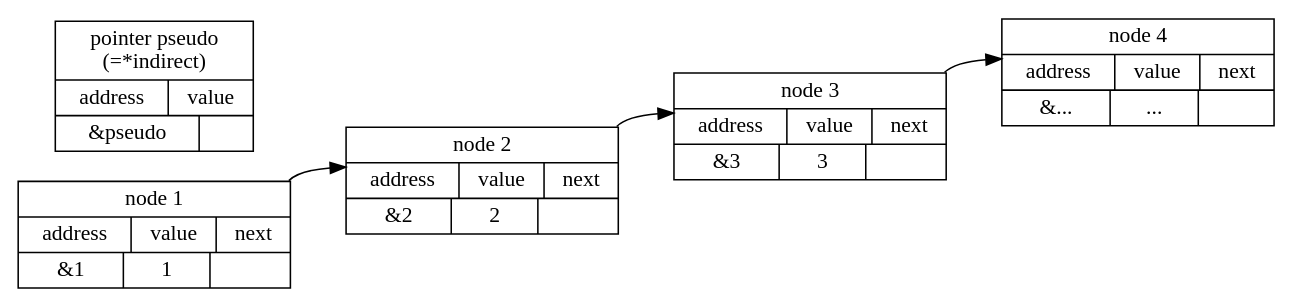
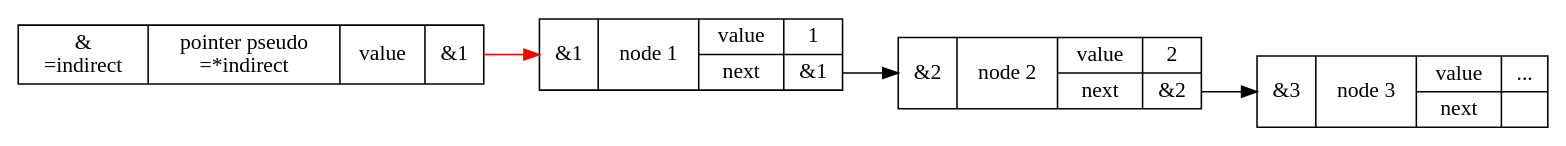
The second of 5 diagrams in Week1/2020q3.md (MingRuey/Guts_2020Fall), drawn with Graphviz before and after one commit. The commit also changed other lines of this file, not shown here.

Commit message:
Update the graphviz for add_entry

````diff
--- a/Week1/2020q3.md
+++ b/Week1/2020q3.md
@@ -17,14 +31,13 @@
 ```graphviz
-digraph reverse{
+digraph indirect{
     rankdir=LR;
     node [shape=record];
-    1 [label="node 1|{address|value|next}|{&1|1|}"];
-    2 [label="node 2|{address|value|next}|{&2|2|}"];
-    3 [label="node 3|{address|value|next}|{&3|3|}"];
-    4 [label="node 4|{address|value|next}|{&...|...|}"];
-    p [label="pointer pseudo\n(=*indirect)|{address|value}|{&pseudo|}"];
-    1:next -> 2:address [color=black];
-    2:next -> 3:address [color=black];
-    3:next -> 4:address [color=black];
+    1 [label="{<address>&1|node 1|{value|next}|{1|<ref>&1}}"];
+    2 [label="{<address>&2|node 2|{value|next}|{2|<ref>&2}}"];
+    3 [label="{<address>&3|node 3|{value|next}|{...|<ref>}}"];
+    1:ref -> 2:address [color=black];
+    2:ref -> 3:address [color=black];
+    p [label="{&\n=indirect|pointer pseudo\n=*indirect|{value}|<to>&1}"];
+    p:to -> 1:address [color=red];
 }
 ```
````
